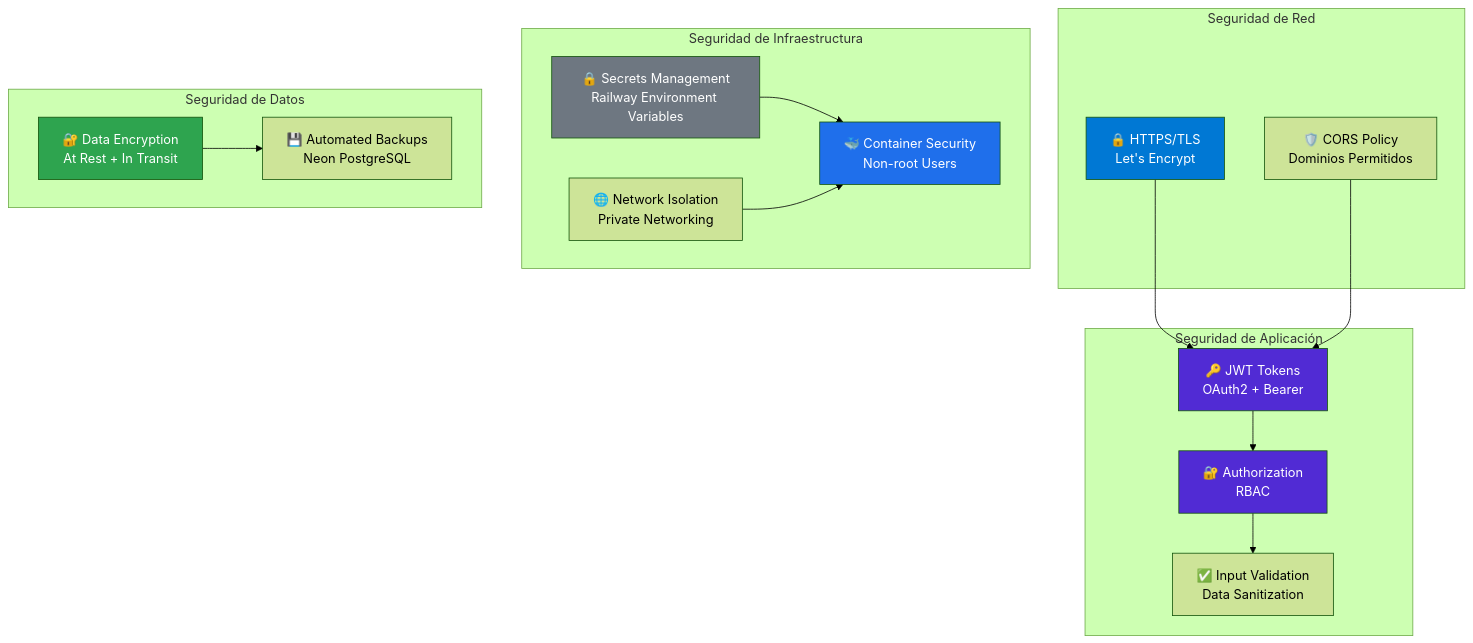
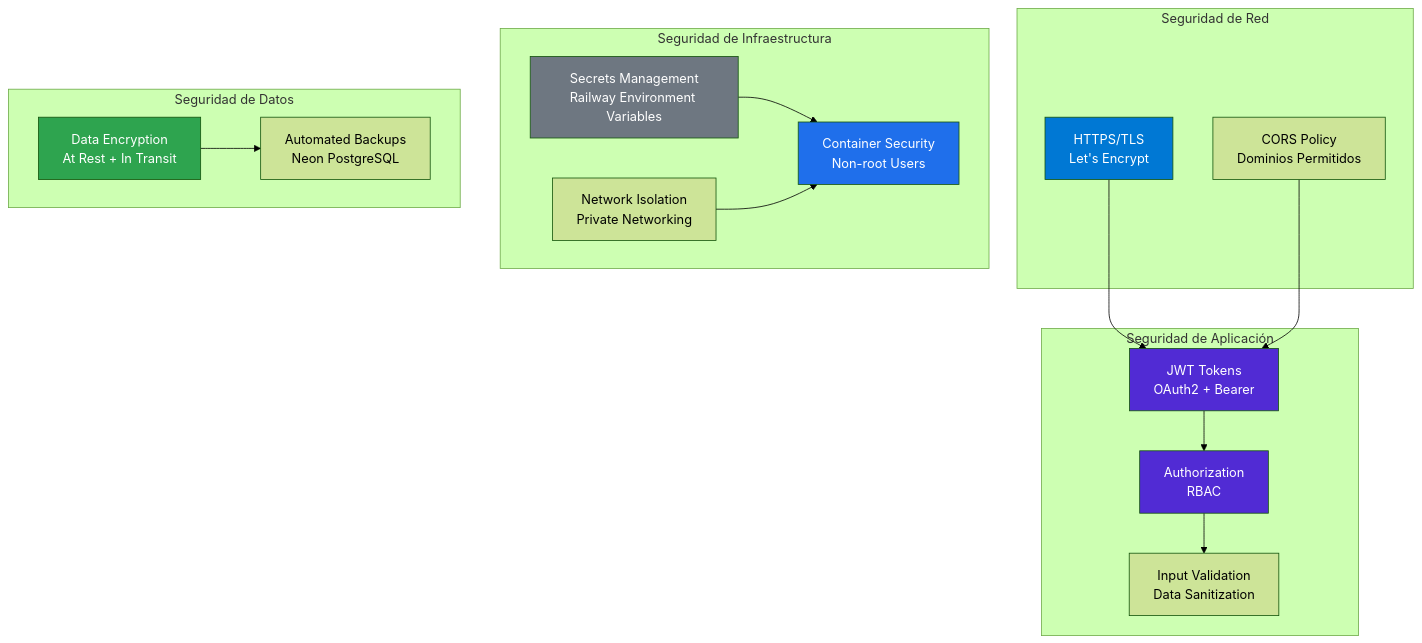
Diagram 13 of 13 in docs/ARCHITECTURE-DIAGRAMS.md (kamaro600/net-microservicio-ci-cd), drawn with Mermaid (forest theme) before and after one commit. The commit also changed other lines of this file, not shown here.

````diff
--- a/docs/ARCHITECTURE-DIAGRAMS.md
+++ b/docs/ARCHITECTURE-DIAGRAMS.md
@@ -483,41 +1019,41 @@
 ```mermaid
 graph TB
     subgraph "Seguridad de Red"
-        HTTPS[🔒 HTTPS/TLS<br/>Let's Encrypt]
-        CORS[🛡️ CORS Policy<br/>Dominios Permitidos]
+        HTTPS[ HTTPS/TLS<br/>Let's Encrypt]
+        CORS[ CORS Policy<br/>Dominios Permitidos]
     end
 
     subgraph "Seguridad de Aplicación"
-        JWT[🔑 JWT Tokens<br/>OAuth2 + Bearer]
-        Auth[🔐 Authorization<br/>RBAC]
-        Validation[✅ Input Validation<br/>Data Sanitization]
+        JWT[ JWT Tokens<br/>OAuth2 + Bearer]
+        Auth[ Authorization<br/>RBAC]
+        Validation[ Input Validation<br/>Data Sanitization]
     end
 
     subgraph "Seguridad de Infraestructura"
-        Secrets[🔒 Secrets Management<br/>Railway Environment Variables]
-        Network[🌐 Network Isolation<br/>Private Networking]
-        Container[🐳 Container Security<br/>Non-root Users]
+        Secrets[ Secrets Management<br/>Railway Environment Variables]
+        Network[ Network Isolation<br/>Private Networking]
+        Container[ Container Security<br/>Non-root Users]
     end
 
     subgraph "Seguridad de Datos"
-        Encryption[🔐 Data Encryption<br/>At Rest + In Transit]
-        Backup[💾 Automated Backups<br/>Neon PostgreSQL]
+        Encryption[ Data Encryption<br/>At Rest + In Transit]
+        Backup[ Automated Backups<br/>Neon PostgreSQL]
     end
 
     HTTPS --> JWT
     CORS --> JWT
     JWT --> Auth
     Auth --> Validation
     
     Secrets --> Container
     Network --> Container
     
     Encryption --> Backup
 
     style HTTPS fill:#0078d4,color:#fff
     style JWT fill:#512bd4,color:#fff
     style Auth fill:#512bd4,color:#fff
     style Secrets fill:#6e7781,color:#fff
     style Container fill:#1f6feb,color:#fff
     style Encryption fill:#2ea44f,color:#fff
 ```
````
